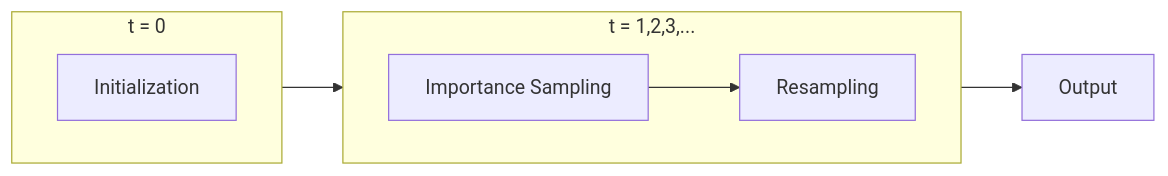
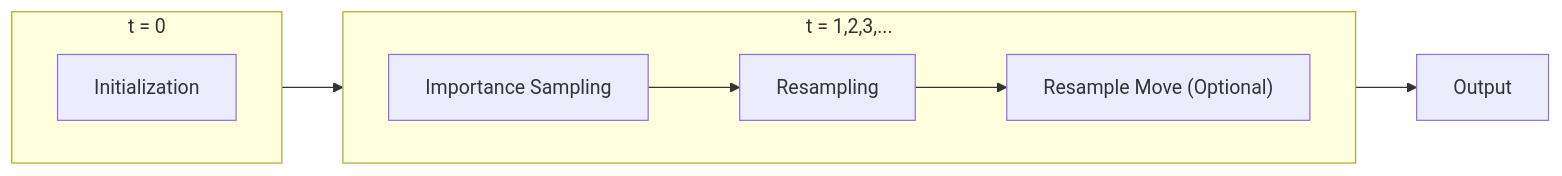
The diagram in README.md (osjacky430/epf), drawn with Mermaid before and after one commit. The commit also changed other lines of this file and 18 other files, not shown here.

````diff
--- a/README.md
+++ b/README.md
@@ -48,12 +48,12 @@
 ```mermaid
 flowchart LR
   subgraph init["t = 0"]
     direction LR
     Init["Initialization"]
   end
   subgraph main_algo["t = 1,2,3,..."]
     direction LR
-    IS["Importance Sampling"] --> R["Resampling"]
+    IS["Importance Sampling"] --> R["Resampling"] --> RS["Resample Move (Optional)"]
   end
   init --> main_algo --> Output
 ```
````
